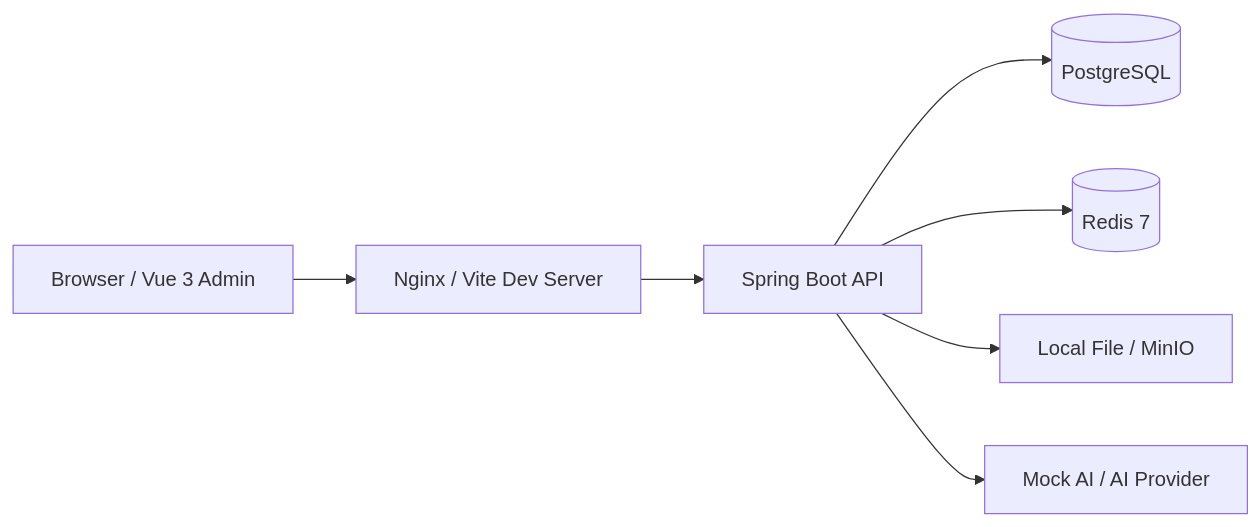
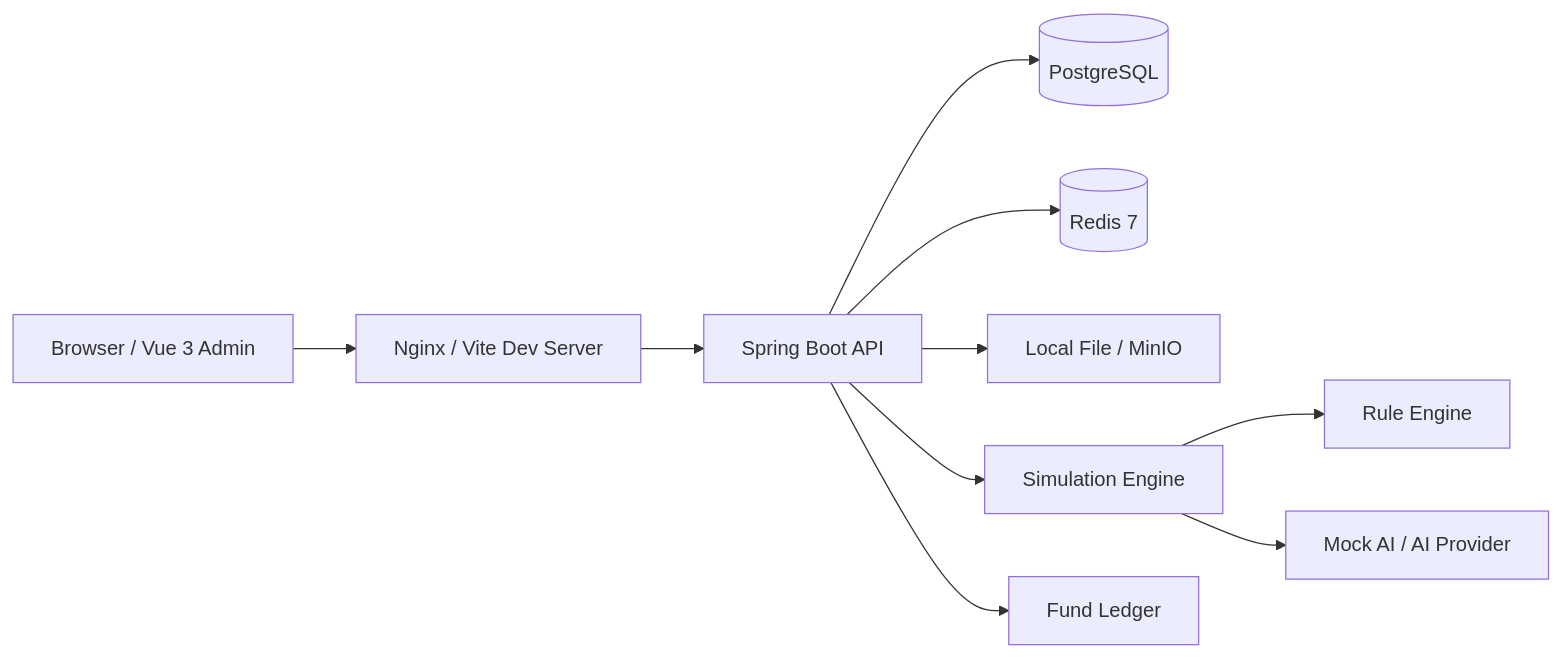
One commit to BQHM/TruckFarm changed the first of 5 diagrams in docs/architecture.md. Above: the diagram before and after it, drawn with Mermaid. The commit also changed other lines of this file and 8 other files, not shown here.

````diff
--- a/docs/architecture.md
+++ b/docs/architecture.md
@@ -21,9 +23,12 @@
 ```mermaid
 flowchart LR
   Browser["Browser / Vue 3 Admin"] --> Nginx["Nginx / Vite Dev Server"]
   Nginx --> API["Spring Boot API"]
   API --> PostgreSQL[("PostgreSQL")]
   API --> Redis[("Redis 7")]
   API --> FileStorage["Local File / MinIO"]
-  API --> AI["Mock AI / AI Provider"]
+  API --> Simulation["Simulation Engine"]
+  API --> Finance["Fund Ledger"]
+  Simulation --> RuleEngine["Rule Engine"]
+  Simulation --> AI["Mock AI / AI Provider"]
 ```
````
